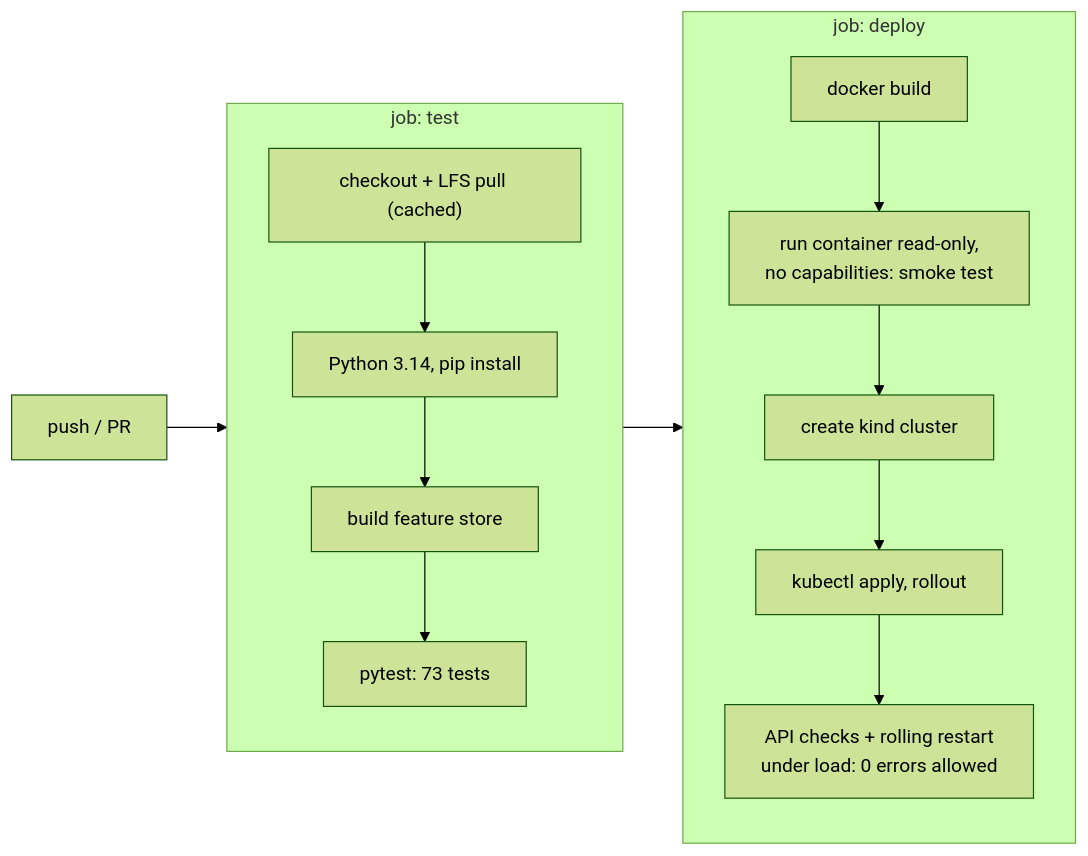
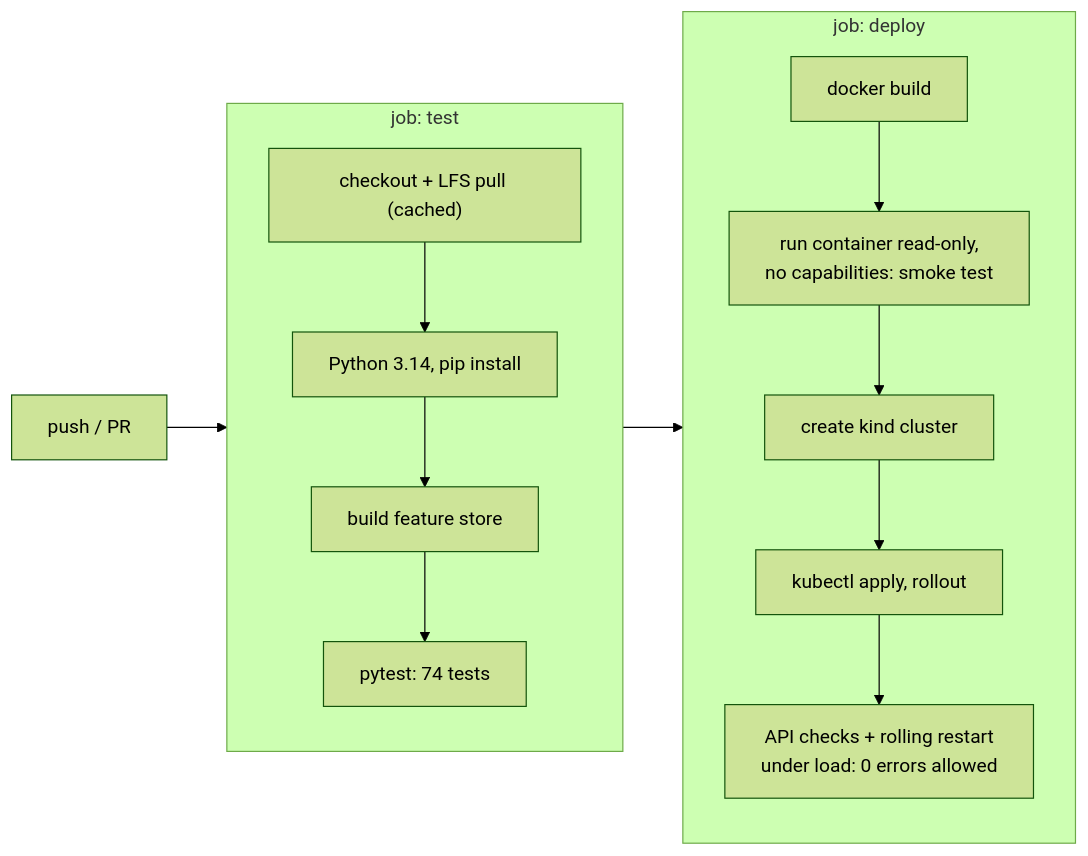
The third of 3 diagrams in docs/REPORT.md (FairosMirza/sap-cxii-tech-ex-01_base), drawn with Mermaid (forest theme) before and after one commit. The commit also changed other lines of this file and 3 other files, not shown here.

````diff
--- a/docs/REPORT.md
+++ b/docs/REPORT.md
@@ -134,13 +134,13 @@
 ```mermaid
 flowchart LR
   P["push / PR"] --> T
   subgraph T["job: test"]
     direction TB
-    T1["checkout + LFS pull (cached)"] --> T2["Python 3.14, pip install"] --> T3["build feature store"] --> T4["pytest: 73 tests"]
+    T1["checkout + LFS pull (cached)"] --> T2["Python 3.14, pip install"] --> T3["build feature store"] --> T4["pytest: 74 tests"]
   end
   T --> D
   subgraph D["job: deploy"]
     direction TB
     D1["docker build"] --> D2["run container read-only,<br/>no capabilities: smoke test"] --> D3["create kind cluster"] --> D4["kubectl apply, rollout"] --> D5["API checks + rolling restart<br/>under load: 0 errors allowed"]
   end
 ```
````
